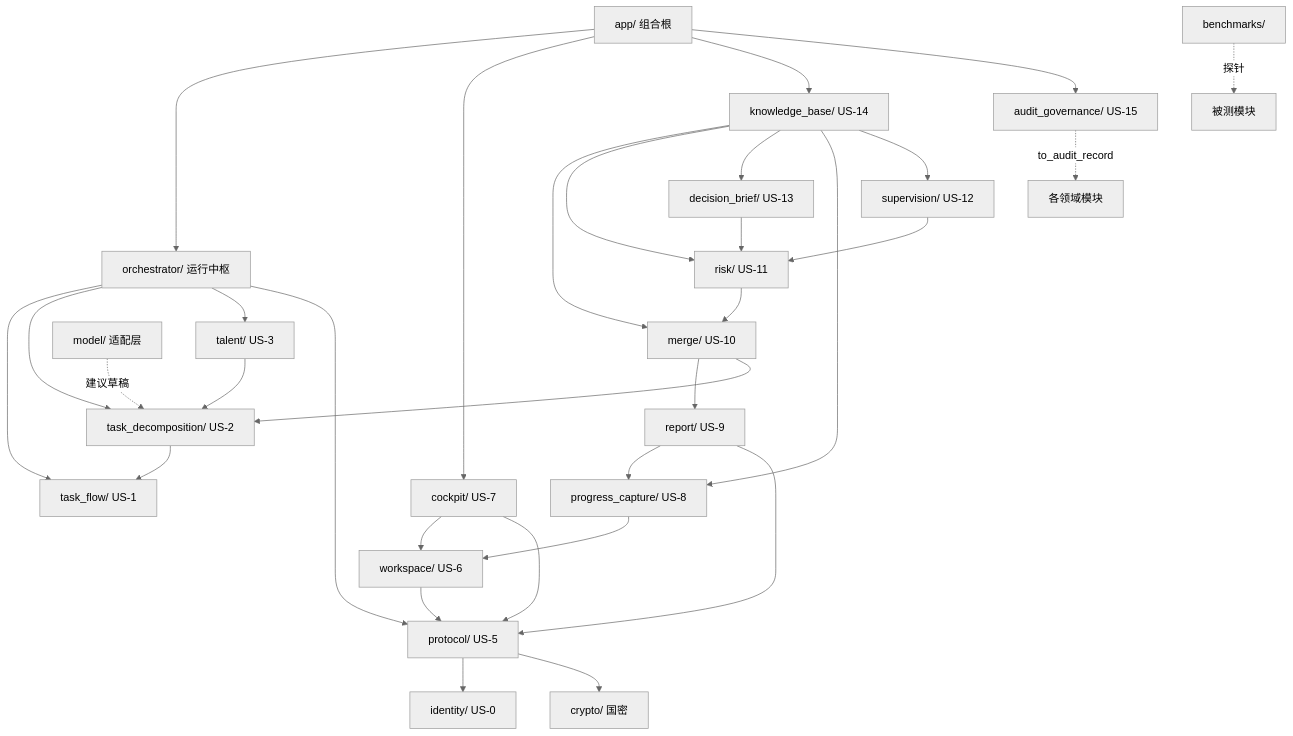
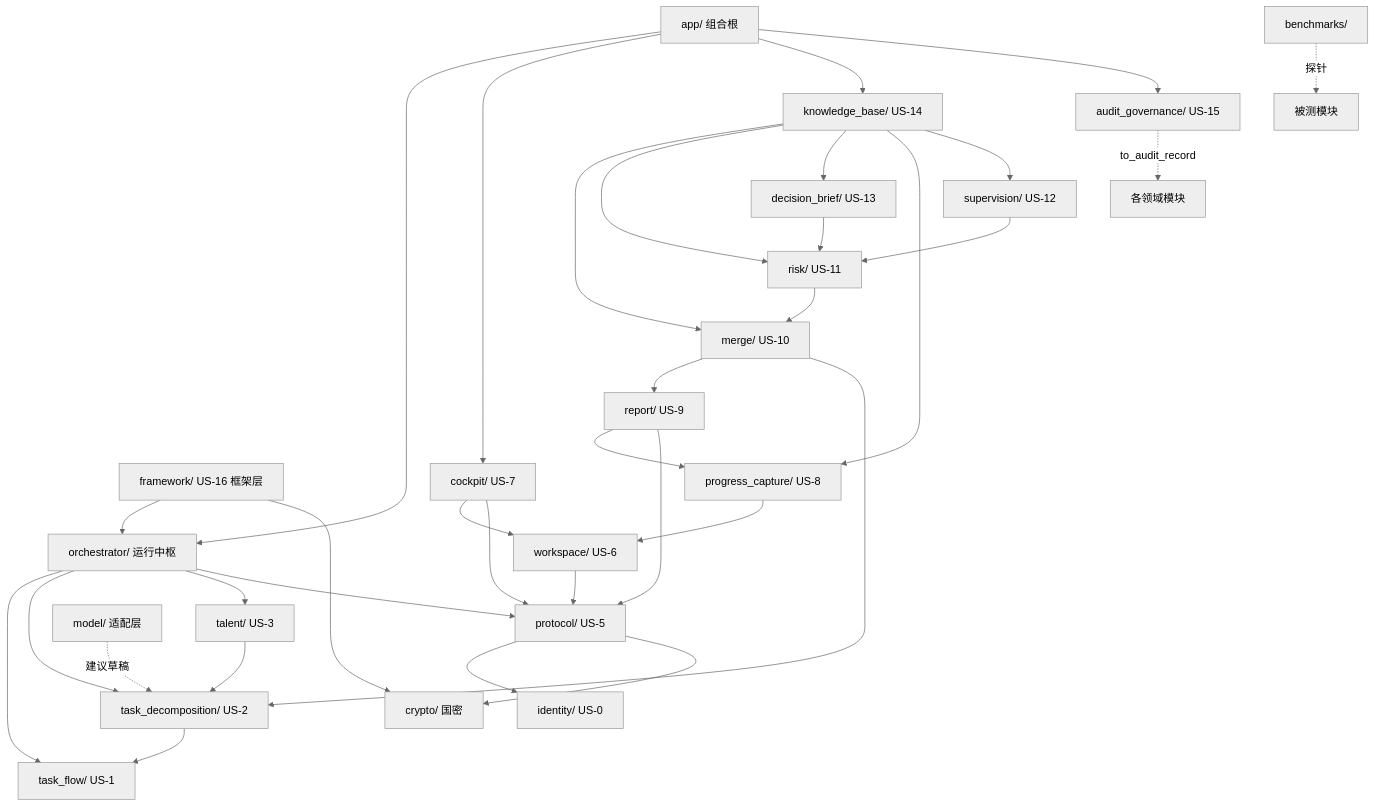
One commit to xuemzhan/Coevo changed the diagram in docs/modules/README.md. Above: the diagram before and after it, drawn with Mermaid (neutral theme). The commit also changed 5 other files, not shown here.

````diff
--- a/docs/modules/README.md
+++ b/docs/modules/README.md
@@ -35,34 +35,36 @@
 ```mermaid
 flowchart TD
   APP[app/ 组合根] --> ORC[orchestrator/ 运行中枢]
+  FW[framework/ US-16 框架层] --> ORC
+  FW --> CRY[crypto/ 国密]
   ORC --> TF[task_flow/ US-1]
   ORC --> TD[task_decomposition/ US-2]
   ORC --> TL[talent/ US-3]
   ORC --> PROTO[protocol/ US-5]
   TD --> TF
   TL --> TD
   PROTO --> ID[identity/ US-0]
   PROTO --> CRY[crypto/ 国密]
   WS[workspace/ US-6] --> PROTO
   PC[progress_capture/ US-8] --> WS
   RP[report/ US-9] --> PC
   RP --> PROTO
   MG[merge/ US-10] --> RP
   MG --> TD
   RK[risk/ US-11] --> MG
   SP[supervision/ US-12] --> RK
   DB[decision_brief/ US-13] --> RK
   KB[knowledge_base/ US-14] --> MG
   KB --> RK
   KB --> DB
   KB --> PC
   KB --> SP
   CP[cockpit/ US-7] --> WS
   CP --> PROTO
   APP --> CP
   APP --> KB
   APP --> AG[audit_governance/ US-15]
   AG -.to_audit_record.-> 各领域模块
   MODEL[model/ 适配层] -.建议草稿.-> TD
   BENCH[benchmarks/] -.探针.-> 被测模块
 ```
````
